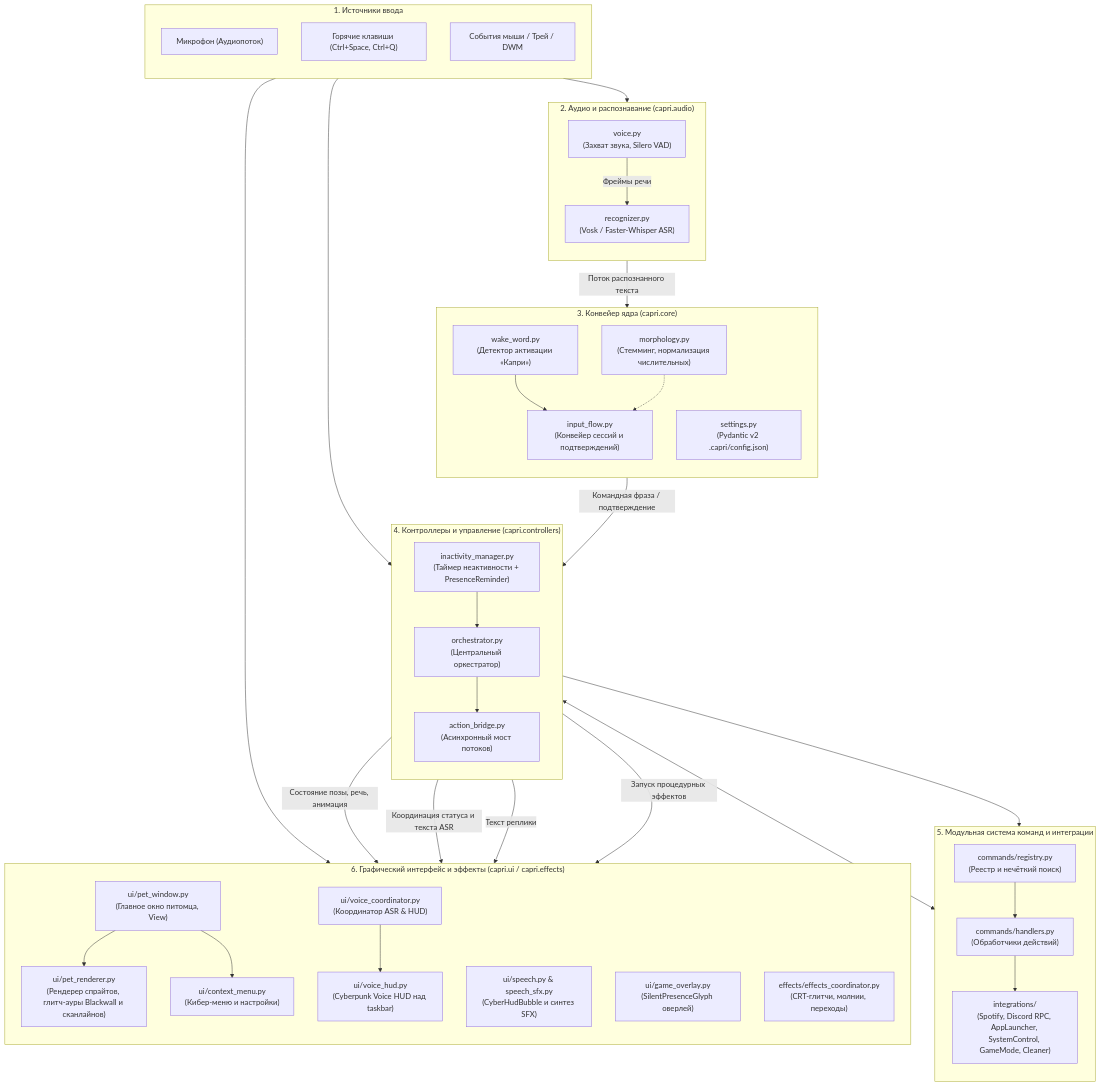
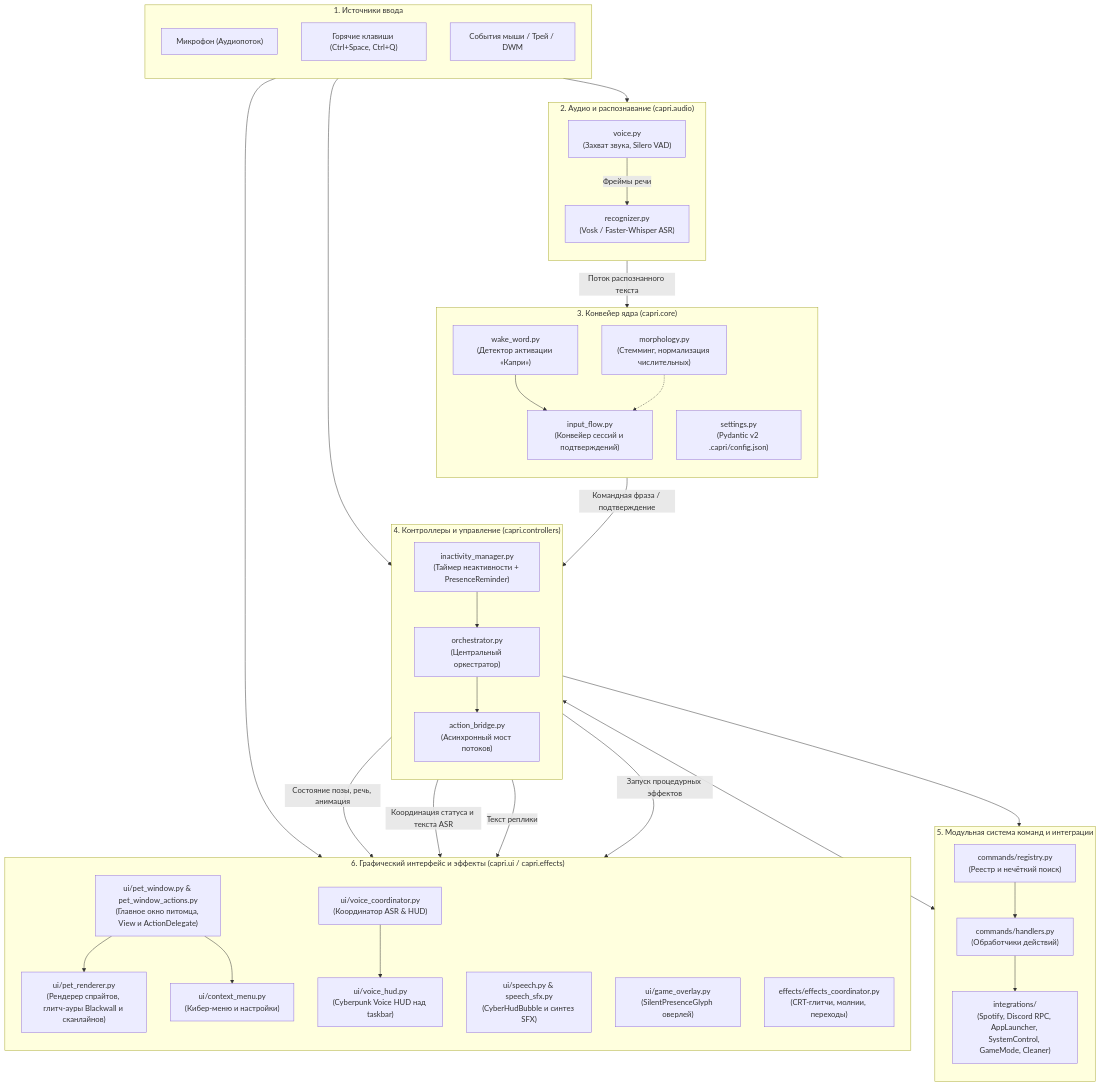
Before and after one commit to xTerionsilker/CapriPet-Python: the first of 2 diagrams in docs/architecture.md, drawn with Mermaid. The commit also changed 41 other files, not shown here.

```diff
--- a/docs/architecture.md
+++ b/docs/architecture.md
@@ -58,7 +58,7 @@
     %% UI и Визуальные эффекты
     subgraph VisualPresentation["6. Графический интерфейс и эффекты (capri.ui / capri.effects)"]
         direction TB
-        PetWindow["ui/pet_window.py<br/>(Главное окно питомца, View)"]
+        PetWindow["ui/pet_window.py & pet_window_actions.py<br/>(Главное окно питомца, View и ActionDelegate)"]
         PetRenderer["ui/pet_renderer.py<br/>(Рендерер спрайтов, глитч-ауры Blackwall и сканлайнов)"]
         ContextMenu["ui/context_menu.py<br/>(Кибер-меню и настройки)"]
         VoiceCoord["ui/voice_coordinator.py<br/>(Координатор ASR & HUD)"]
```
